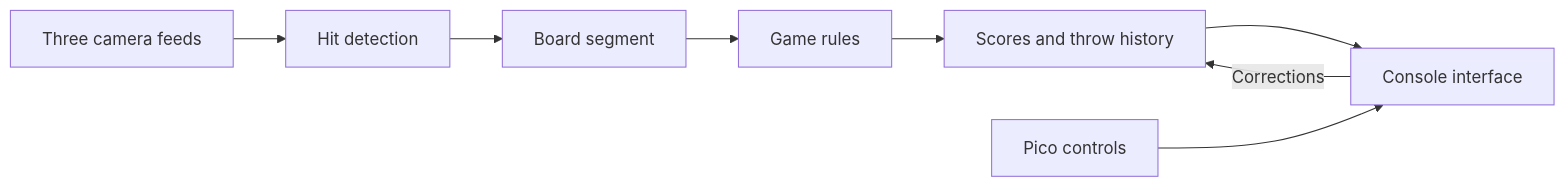
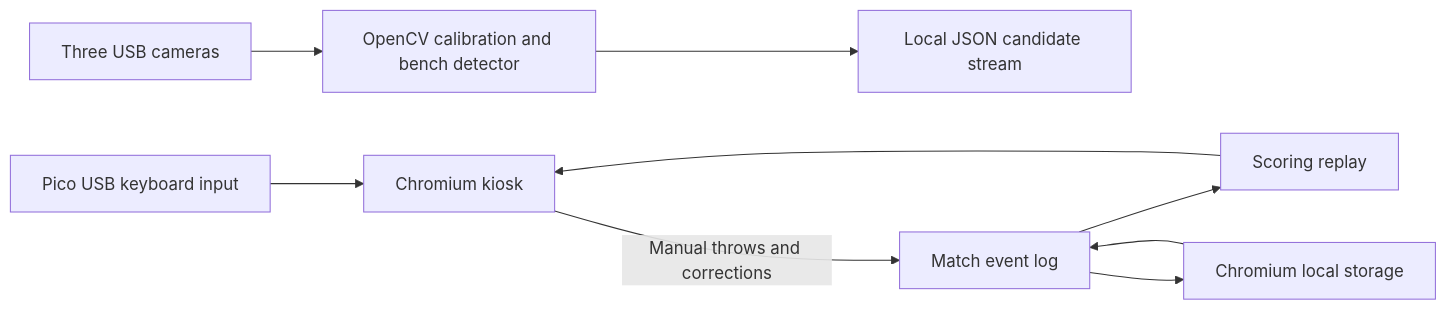
Before and after one commit to Arber28/Darts-Console: the third of 5 diagrams in docs/ARCHITECTURE.md, drawn with Mermaid. The commit also changed other lines of this file and 6 other files, not shown here.

Commit message:
Add camera calibration bench and deployment documentation

````diff
--- a/docs/ARCHITECTURE.md
+++ b/docs/ARCHITECTURE.md
@@ -56,10 +56,11 @@
 ```mermaid
 flowchart LR
-    CAM["Three camera feeds"] --> DET["Hit detection"]
-    DET --> SEG["Board segment"]
-    SEG --> RULES["Game rules"]
-    RULES --> STATE["Scores and throw history"]
-    STATE --> UI["Console interface"]
-    KEYS["Pico controls"] --> UI
-    UI -->|"Corrections"| STATE
+    CAM["Three USB cameras"] --> DET["OpenCV calibration and bench detector"]
+    DET --> OUT["Local JSON candidate stream"]
+    KEYS["Pico USB keyboard input"] --> UI["Chromium kiosk"]
+    UI -->|Manual throws and corrections| LOG["Match event log"]
+    LOG --> RULES["Scoring replay"]
+    RULES --> UI
+    LOG --> STORE["Chromium local storage"]
+    STORE --> LOG
 ```
````
